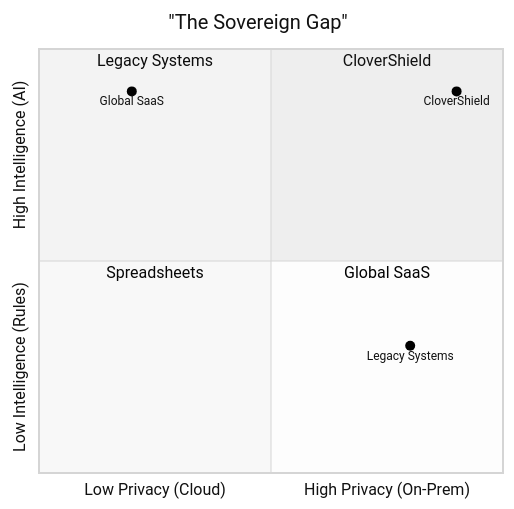
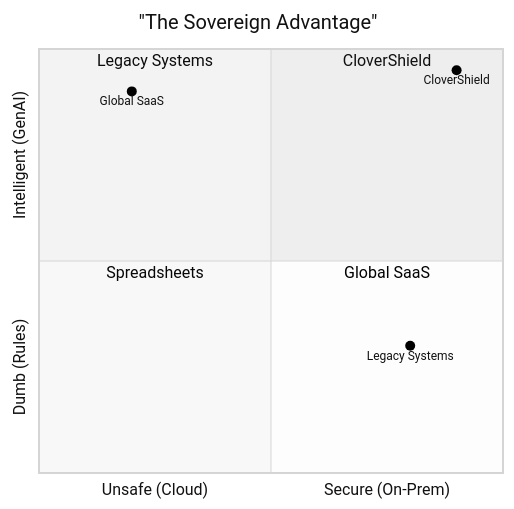
The diagram in PITCH_DECK.md (rahathasan452/MXB2026-Rajshahi-Clover_crew-CloverShield), drawn with Mermaid (neutral theme) before and after one commit. The commit also changed other lines of this file, not shown here.

````diff
--- a/PITCH_DECK.md
+++ b/PITCH_DECK.md
@@ -43,13 +73,13 @@
 ```mermaid
 quadrantChart
-    title "The Sovereign Gap"
-    x-axis "Low Privacy (Cloud)" --> "High Privacy (On-Prem)"
-    y-axis "Low Intelligence (Rules)" --> "High Intelligence (AI)"
+    title "The Sovereign Advantage"
+    x-axis "Unsafe (Cloud)" --> "Secure (On-Prem)"
+    y-axis "Dumb (Rules)" --> "Intelligent (GenAI)"
     quadrant-1 "CloverShield"
     quadrant-2 "Legacy Systems"
     quadrant-3 "Spreadsheets"
     quadrant-4 "Global SaaS"
     "Legacy Systems": [0.8, 0.3]
     "Global SaaS": [0.2, 0.9]
-    "CloverShield": [0.9, 0.9]
+    "CloverShield": [0.9, 0.95]
 ```
````
